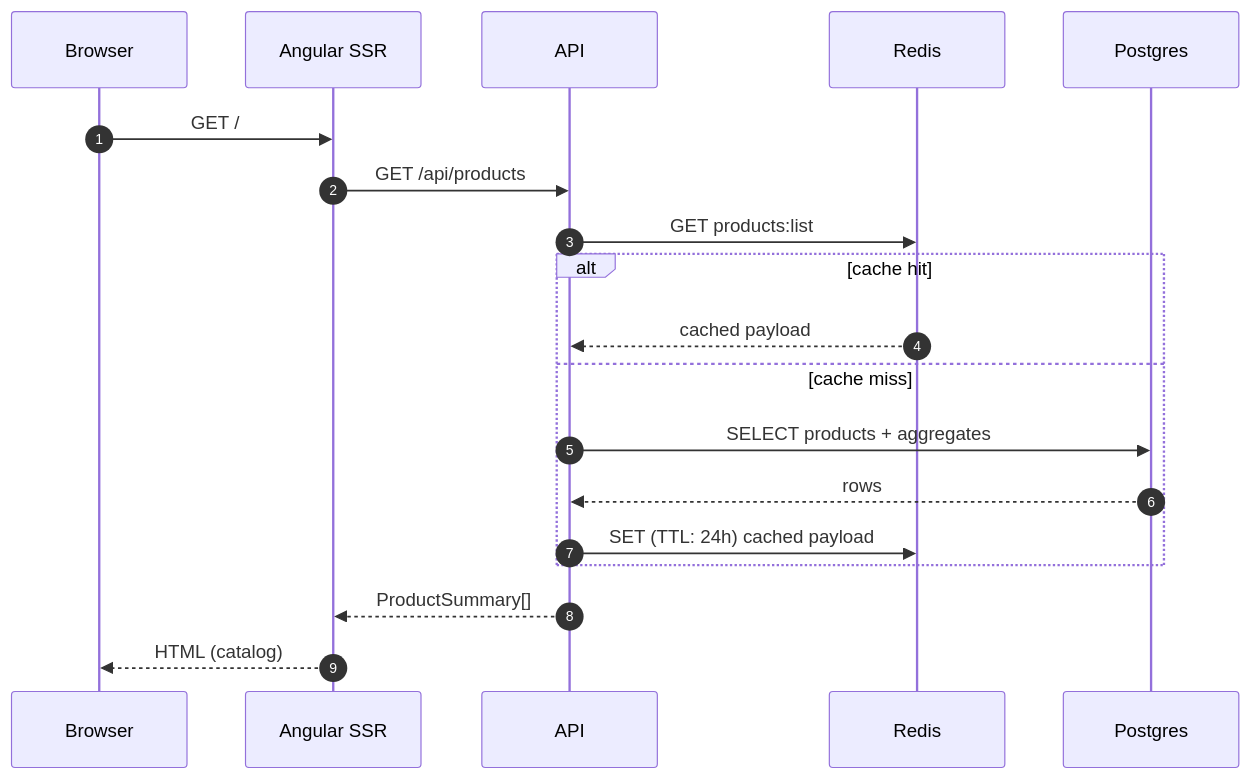
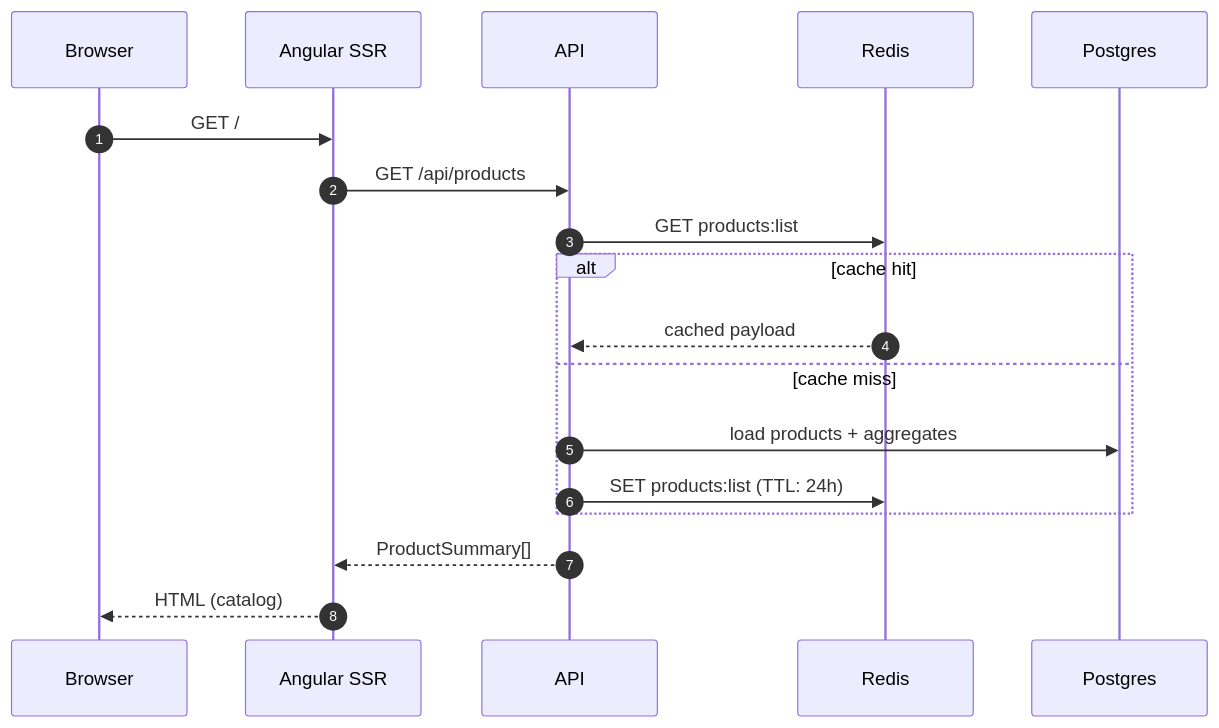
The third of 12 diagrams in docs/flows.md (KaliCZ/reviews), drawn with Mermaid before and after one commit. The commit also changed other lines of this file and 13 other files, not shown here.

````diff
--- a/docs/flows.md
+++ b/docs/flows.md
@@ -78,24 +78,23 @@
 ```mermaid
 sequenceDiagram
     autonumber
     participant B as Browser
     participant S as Angular SSR
     participant A as API
     participant R as Redis
     participant P as Postgres
 
     B->>S: GET /
     S->>A: GET /api/products
     A->>R: GET products:list
 
     alt cache hit
         R-->>A: cached payload
     else cache miss
-        A->>P: SELECT products + aggregates
-        P-->>A: rows
-        A->>R: SET (TTL: 24h) cached payload
+        A->>P: load products + aggregates
+        A->>R: SET products:list (TTL: 24h)
     end
 
     A-->>S: ProductSummary[]
     S-->>B: HTML (catalog)
 ```
````
